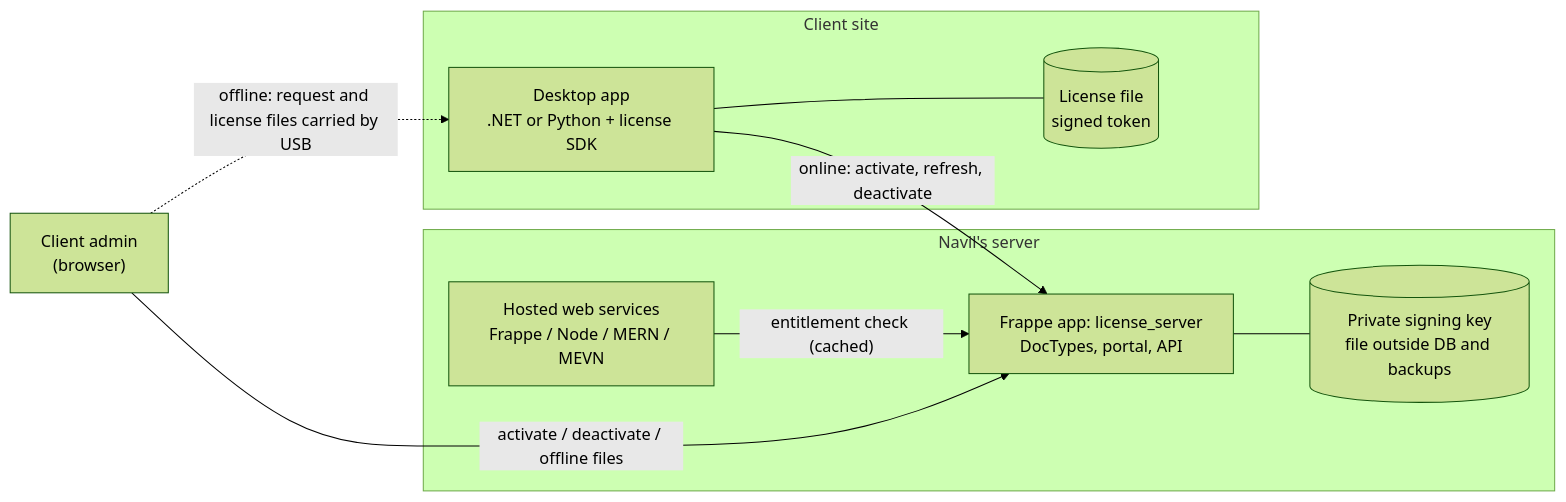
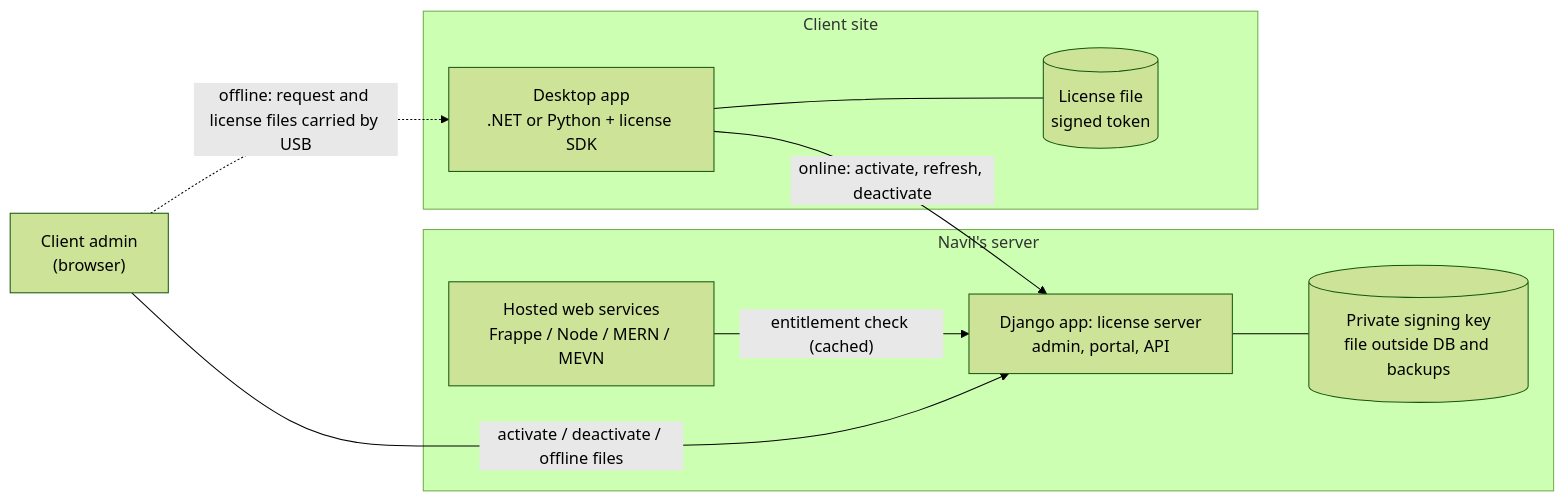
The diagram in docs/00-decision-brief.md (NavilShah/Code-License), drawn with Mermaid (forest theme) before and after one commit. The commit also changed other lines of this file and 7 other files, not shown here.

First line of the commit message:
Move license server to Django and record decisions D1-D3 and D5

````diff
--- a/docs/00-decision-brief.md
+++ b/docs/00-decision-brief.md
@@ -117,18 +126,18 @@
 ```mermaid
 flowchart LR
   subgraph NS["Navil's server"]
-    FA["Frappe app: license_server<br/>DocTypes, portal, API"]
+    FA["Django app: license server<br/>admin, portal, API"]
     KEY[("Private signing key<br/>file outside DB and backups")]
     HS["Hosted web services<br/>Frappe / Node / MERN / MEVN"]
     FA --- KEY
     HS -->|"entitlement check (cached)"| FA
   end
   subgraph CS["Client site"]
     APP["Desktop app<br/>.NET or Python + license SDK"]
     LF[("License file<br/>signed token")]
     APP --- LF
   end
   ADM["Client admin<br/>(browser)"] -->|"activate / deactivate / offline files"| FA
   APP -->|"online: activate, refresh, deactivate"| FA
   ADM -.->|"offline: request and license files carried by USB"| APP
 ```
````
